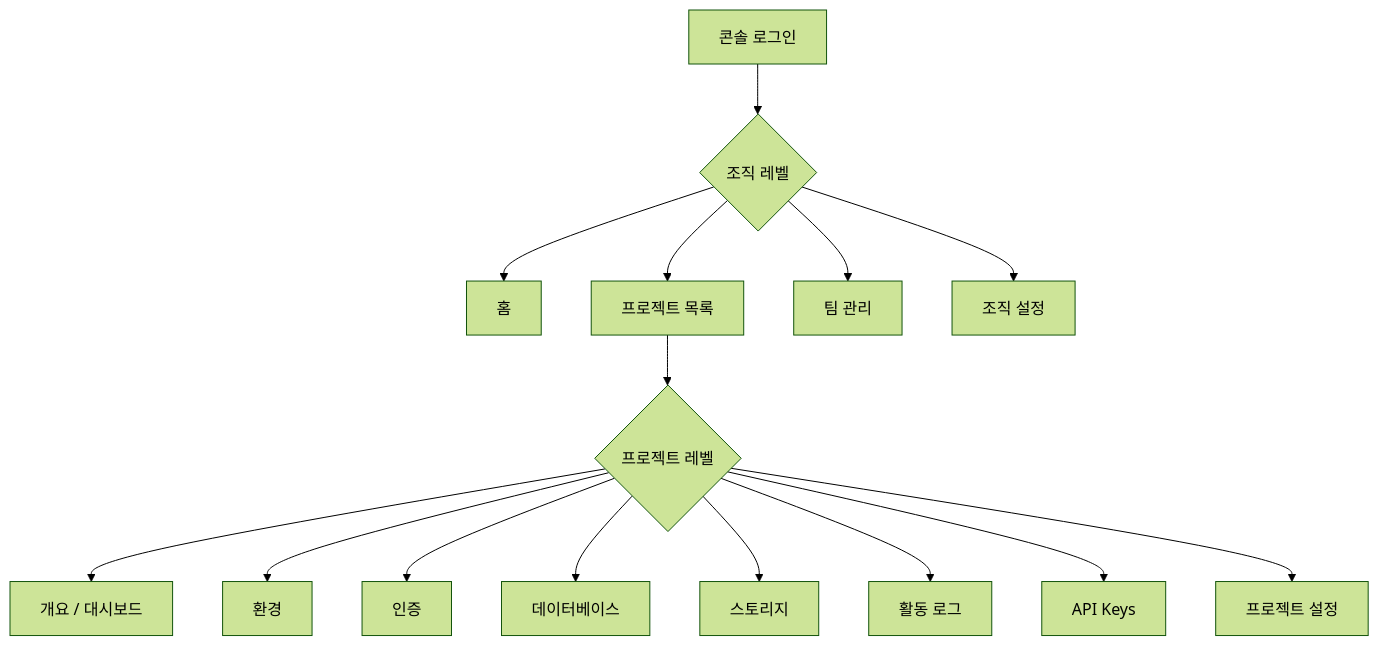
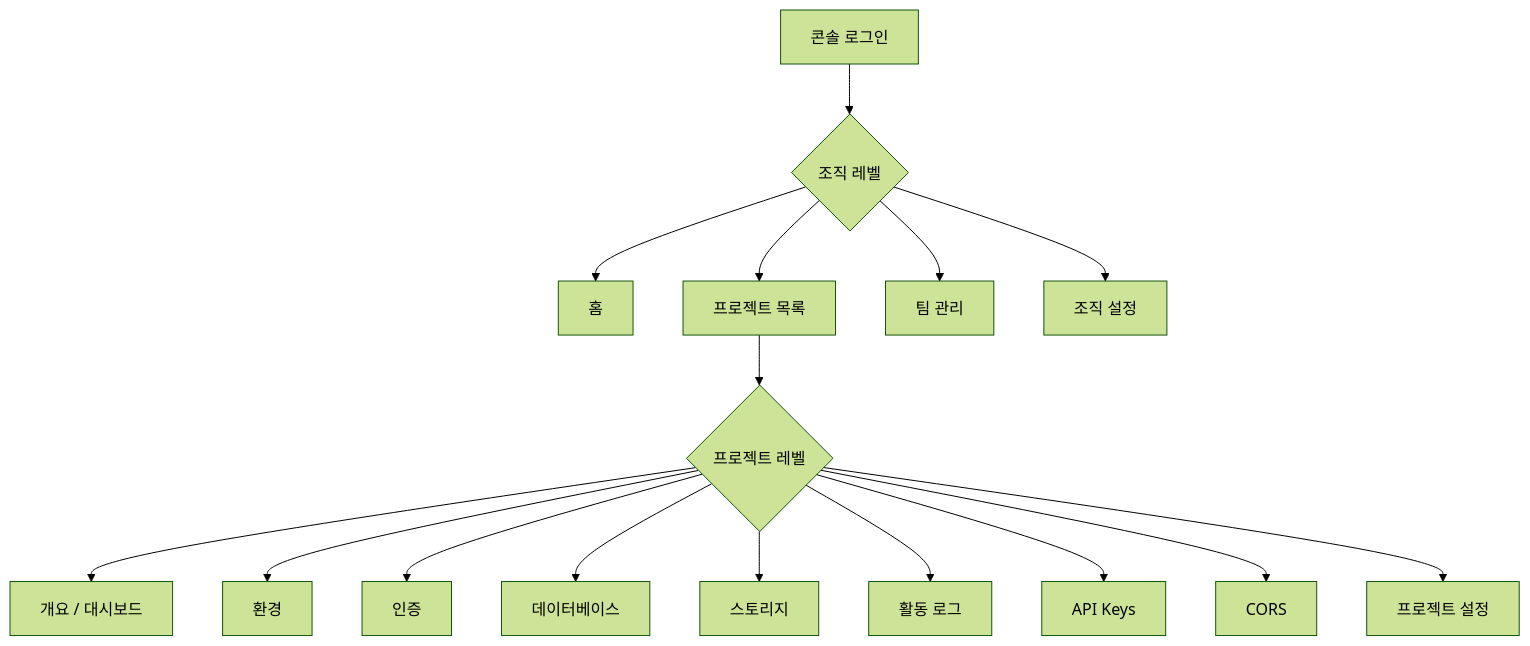
Before and after one commit to popup-studio-ai/bkend-docs: the diagram in ko/console/01-overview.md, drawn with Mermaid (forest theme). The commit also changed other lines of this file and 424 other files, not shown here.

````diff
--- a/ko/console/01-overview.md
+++ b/ko/console/01-overview.md
@@ -17,17 +17,18 @@
 ```mermaid
 flowchart TD
     A[콘솔 로그인] --> B{조직 레벨}
     B --> C[홈]
     B --> D[프로젝트 목록]
     B --> E[팀 관리]
     B --> F[조직 설정]
     D --> H{프로젝트 레벨}
     H --> I[개요 / 대시보드]
     H --> J[환경]
     H --> K[인증]
     H --> L[데이터베이스]
     H --> M[스토리지]
     H --> N[활동 로그]
     H --> O[API Keys]
+    H --> Q[CORS]
     H --> P[프로젝트 설정]
 ```
````
